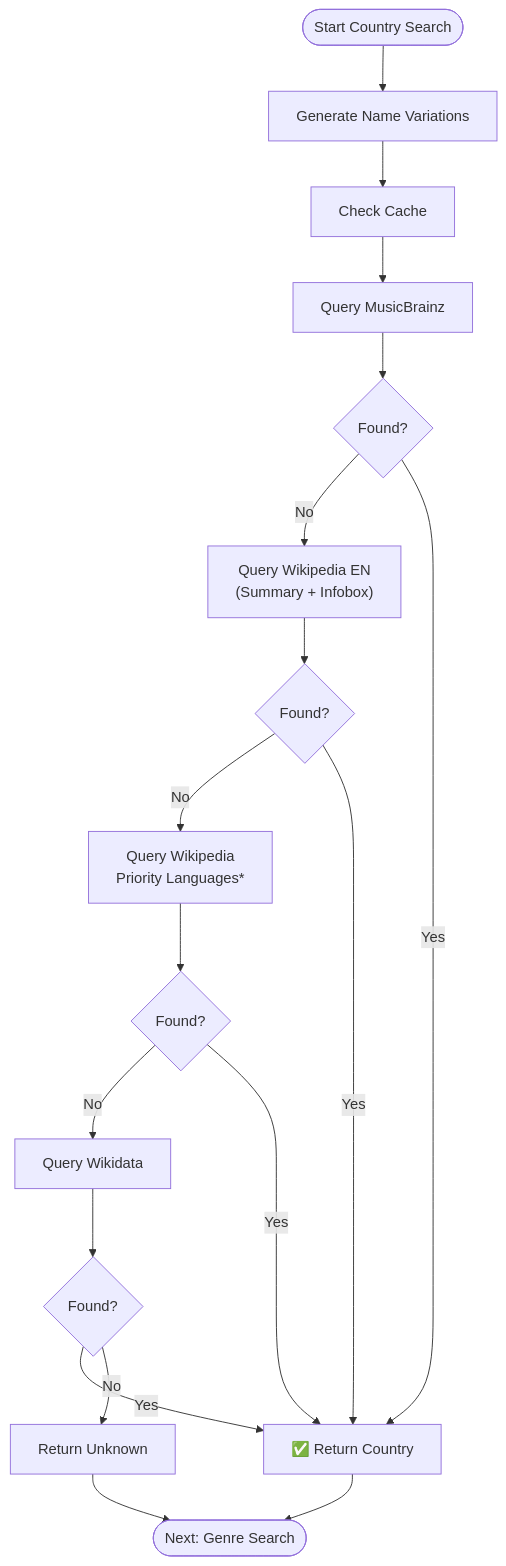
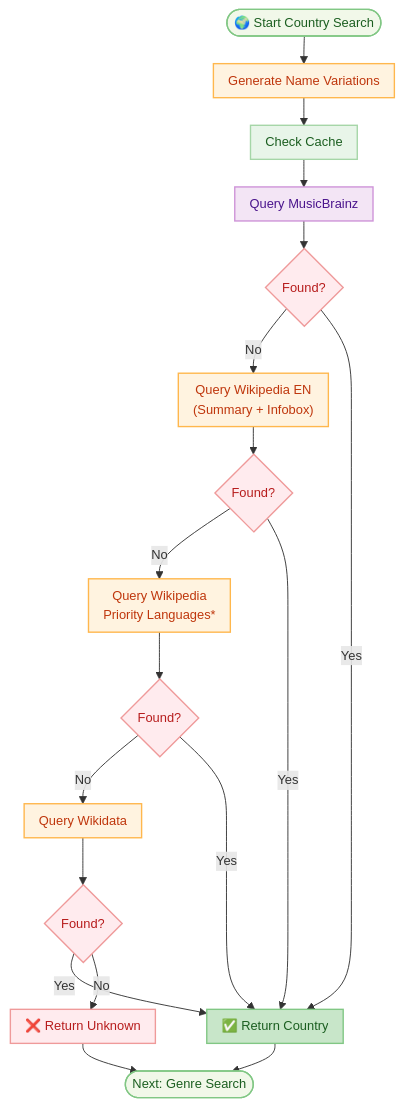
Before and after one commit to adroguetth/Music-Charts-Intelligence: the second of 5 diagrams in Documentation_EN/2_build_artist_db.md, drawn with Mermaid. The commit also changed other lines of this file, not shown here.

````diff
--- a/Documentation_EN/2_build_artist_db.md
+++ b/Documentation_EN/2_build_artist_db.md
@@ -75,27 +106,45 @@
 ```mermaid
+%%{init: {'flowchart': {'useMaxWidth': true, 'width': '50%', 'padding': 8, 'nodeSpacing': 30, 'rankSpacing': 30}, 'themeVariables': {'fontSize': '14px'}}}%%
 flowchart TD
-    START(["Start Country Search"])
+    START(["🌍 Start Country Search"])
+    
     START --> GNV["Generate Name Variations"]
     GNV --> CC["Check Cache"]
     CC --> QMB["Query MusicBrainz"]
     QMB --> F1{"Found?"}
 
-    F1 -- "No" --> QWE["Query Wikipedia EN\n(Summary + Infobox)"]
+    F1 -- "No" --> QWE["Query Wikipedia EN<br/>(Summary + Infobox)"]
     QWE --> F2{"Found?"}
 
-    F2 -- "No" --> QPL["Query Wikipedia\nPriority Languages*"]
+    F2 -- "No" --> QPL["Query Wikipedia<br/>Priority Languages*"]
     QPL --> F3{"Found?"}
 
     F3 -- "No" --> QWD["Query Wikidata"]
     QWD --> F4{"Found?"}
 
     F4 -- "Yes" --> RC["✅ Return Country"]
-    F4 -- "No" --> RU["Return Unknown"]
+    F4 -- "No" --> RU["❌ Return Unknown"]
 
     F3 -- "Yes" --> RC
     F2 -- "Yes" --> RC
     F1 -- "Yes" --> RC
 
     RC --> NGS(["Next: Genre Search"])
     RU --> NGS
+
+    classDef start_end fill:#F1F8E9,stroke:#81C784,stroke-width:1.5px,color:#1B5E20
+    classDef process fill:#FFF3E0,stroke:#FFB74D,stroke-width:1.5px,color:#BF360C
+    classDef cache fill:#E8F5E9,stroke:#A5D6A7,stroke-width:1.5px,color:#1B5E20
+    classDef api fill:#F3E5F5,stroke:#CE93D8,stroke-width:1.5px,color:#4A148C
+    classDef decision fill:#FFEBEE,stroke:#EF9A9A,stroke-width:1.5px,color:#B71C1C
+    classDef success fill:#C8E6C9,stroke:#81C784,stroke-width:1.5px,color:#1B5E20
+    classDef unknown fill:#FFEBEE,stroke:#EF9A9A,stroke-width:1.5px,color:#B71C1C
+
+    class START,NGS start_end
+    class GNV,QWE,QPL,QWD process
+    class CC cache
+    class QMB api
+    class F1,F2,F3,F4 decision
+    class RC success
+    class RU unknown
 ```
````
